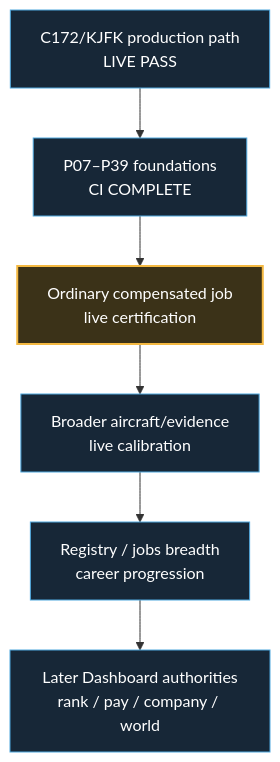
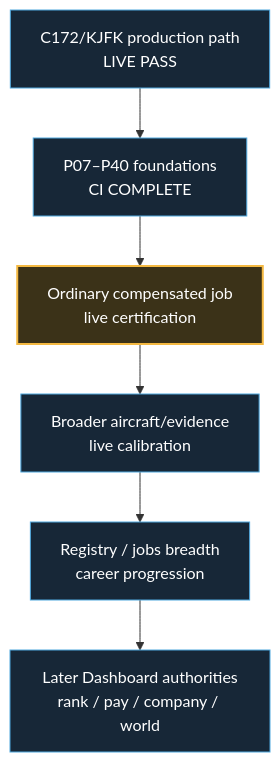
The second of 2 diagrams in docs/development-master-checklist.md (dhavalpddn-eng/OpenCareer), drawn with Mermaid before and after one commit. The commit also changed other lines of this file and 2 other files, not shown here.

````diff
--- a/docs/development-master-checklist.md
+++ b/docs/development-master-checklist.md
@@ -54,13 +54,13 @@
 ```mermaid
 flowchart TD
-    A["C172/KJFK production path<br/>LIVE PASS"] --> B["P07–P39 foundations<br/>CI COMPLETE"]
+    A["C172/KJFK production path<br/>LIVE PASS"] --> B["P07–P40 foundations<br/>CI COMPLETE"]
     B --> C["Ordinary compensated job<br/>live certification"]
     C --> D["Broader aircraft/evidence<br/>live calibration"]
     D --> E["Registry / jobs breadth<br/>career progression"]
     E --> F["Later Dashboard authorities<br/>rank / pay / company / world"]
 
     classDef next fill:#3b3218,stroke:#F4B942,color:#fff,stroke-width:2px;
     classDef future fill:#172737,stroke:#4EA8DE,color:#fff,stroke-width:1px;
     class C next;
     class A,B,D,E,F future;
 ```
````
